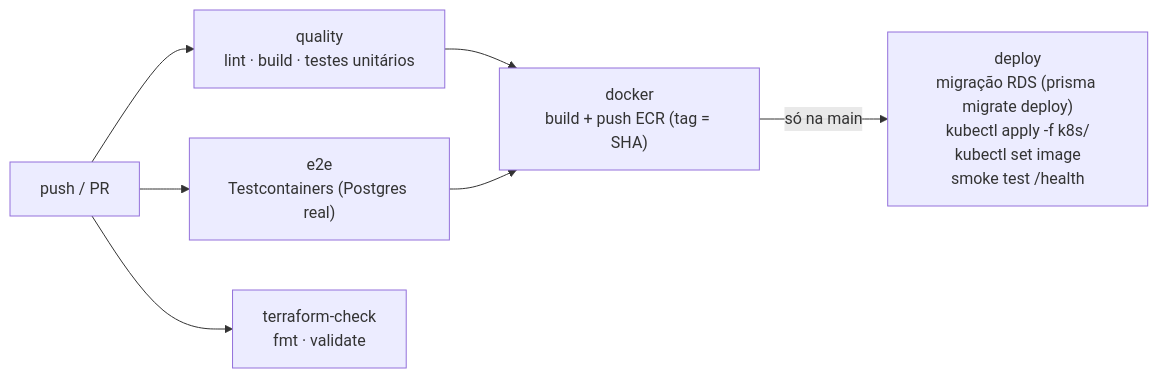
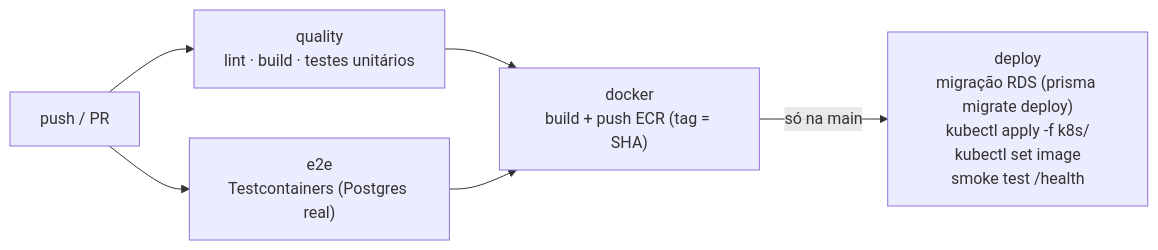
Before and after one commit to FIAP-POS-TECH-SOFTWARE-ARCHITECTURE/tc-oficina-app: the third of 3 diagrams in README.md, drawn with Mermaid. The commit also changed other lines of this file and 16 other files, not shown here.

````diff
--- a/README.md
+++ b/README.md
@@ -98,9 +98,8 @@
 ```mermaid
 flowchart LR
     PUSH["push / PR"] --> Q["quality<br/>lint · build · testes unitários"]
     PUSH --> E2E["e2e<br/>Testcontainers (Postgres real)"]
-    PUSH --> TF["terraform-check<br/>fmt · validate"]
     Q --> DOCKER["docker<br/>build + push ECR (tag = SHA)"]
     E2E --> DOCKER
     DOCKER -->|"só na main"| DEPLOY["deploy<br/>migração RDS (prisma migrate deploy)<br/>kubectl apply -f k8s/<br/>kubectl set image<br/>smoke test /health"]
 ```
````
